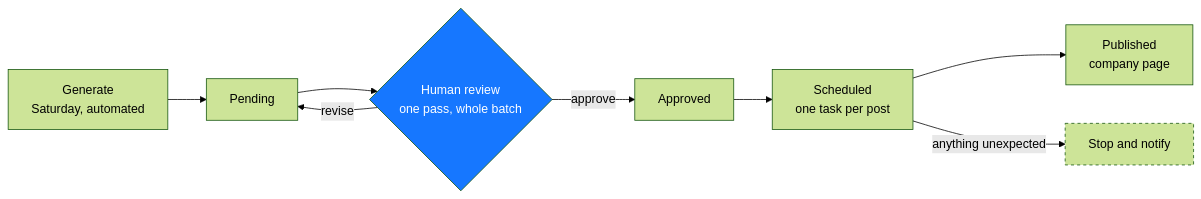
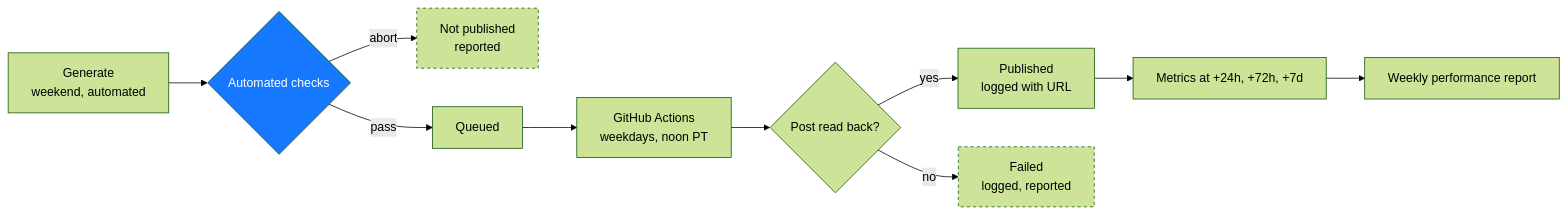
The diagram in linkedin-content-pipeline/README.md (ricoecko19/ricoecko19), drawn with Mermaid (forest theme) before and after one commit. The commit also changed other lines of this file and 6 other files, not shown here.

````diff
--- a/linkedin-content-pipeline/README.md
+++ b/linkedin-content-pipeline/README.md
@@ -20,13 +20,16 @@
 ```mermaid
 flowchart LR
-    A[Generate<br/>Saturday, automated] --> B[Pending]
-    B --> C{Human review<br/>one pass, whole batch}
-    C -->|revise| B
-    C -->|approve| D[Approved]
-    D --> E[Scheduled<br/>one task per post]
-    E --> F[Published<br/>company page]
-    E -->|anything unexpected| G[Stop and notify]
+    A[Generate<br/>weekend, automated] --> B{Automated checks}
+    B -->|abort| X[Not published<br/>reported]
+    B -->|pass| C[Queued]
+    C --> D[GitHub Actions<br/>weekdays, noon PT]
+    D --> E{Post read back?}
+    E -->|yes| F[Published<br/>logged with URL]
+    E -->|no| G[Failed<br/>logged, reported]
+    F --> H[Metrics at +24h, +72h, +7d]
+    H --> I[Weekly performance report]
 
-    style C fill:#1677FF,color:#fff
+    style B fill:#1677FF,color:#fff
+    style X stroke-dasharray: 4 4
     style G stroke-dasharray: 4 4
 ```
````
